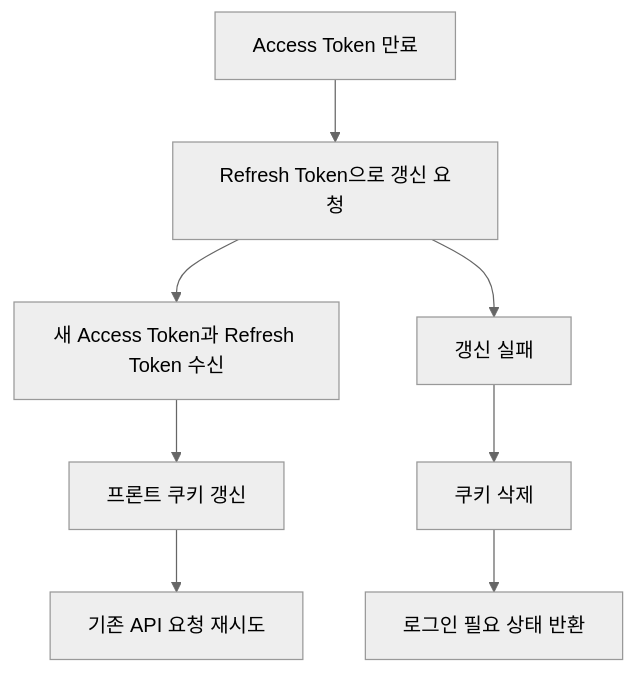
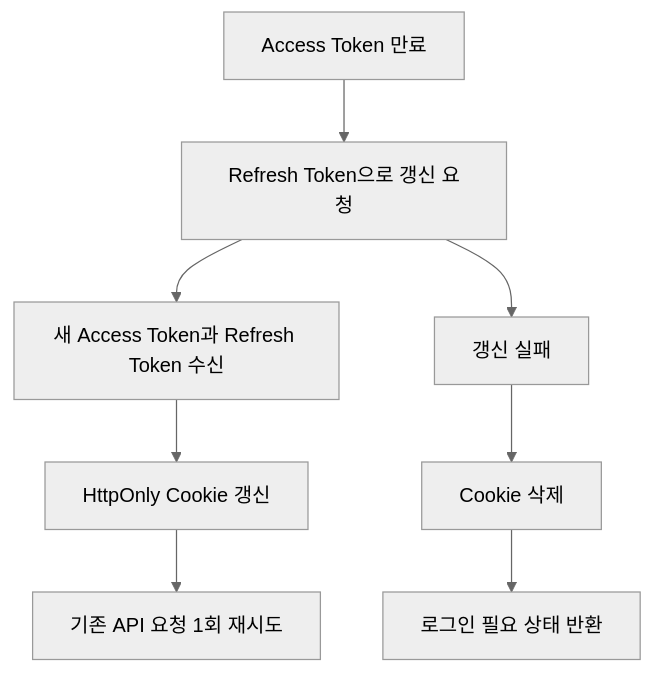
Before and after one commit to poi277/StockProject: the second of 2 diagrams in StockFrontEnd/docs/01-auth.md, drawn with Mermaid (neutral theme). The commit also changed other lines of this file and 49 other files, not shown here.

````diff
--- a/StockFrontEnd/docs/01-auth.md
+++ b/StockFrontEnd/docs/01-auth.md
@@ -121,10 +311,10 @@
 ```mermaid
 flowchart TD
   Expired["Access Token 만료"] --> Refresh["Refresh Token으로 갱신 요청"]
   Refresh --> Receive["새 Access Token과 Refresh Token 수신"]
-  Receive --> Cookie["프론트 쿠키 갱신"]
-  Cookie --> Retry["기존 API 요청 재시도"]
+  Receive --> Cookie["HttpOnly Cookie 갱신"]
+  Cookie --> Retry["기존 API 요청 1회 재시도"]
   Refresh --> Fail["갱신 실패"]
-  Fail --> Clear["쿠키 삭제"]
+  Fail --> Clear["Cookie 삭제"]
   Clear --> Login["로그인 필요 상태 반환"]
 ```
````
